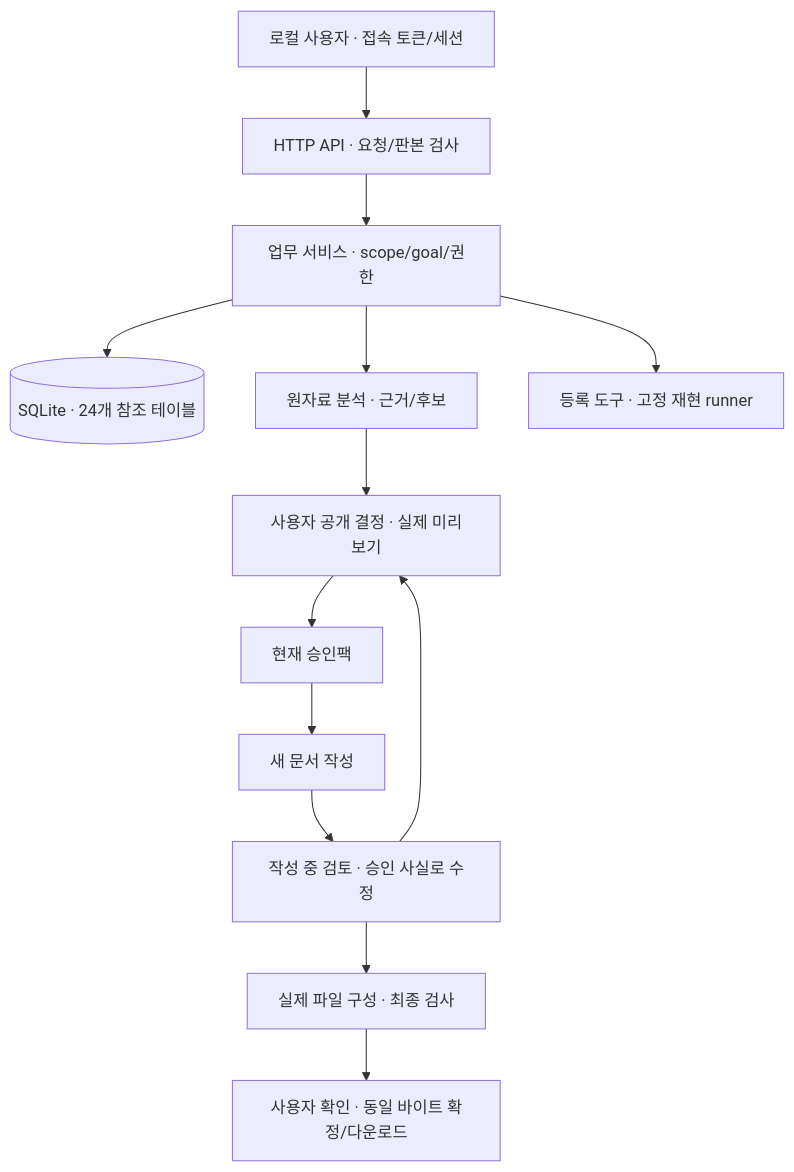
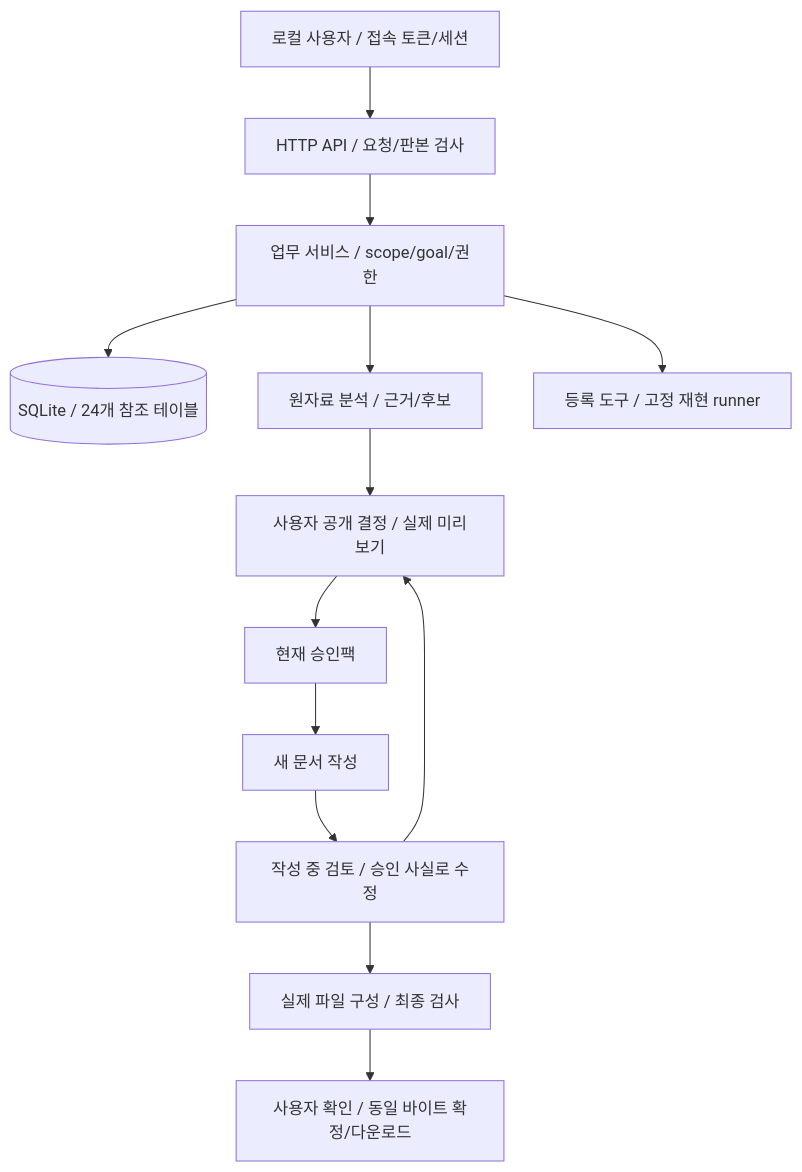
Before and after one commit to my-trash-bin/261030-codyssey-hackathon: the diagram in docs/구조와설계.md, drawn with Mermaid. The commit also changed other lines of this file and 87 other files, not shown here.

````diff
--- a/docs/구조와설계.md
+++ b/docs/구조와설계.md
@@ -9,15 +9,15 @@
 ```mermaid
 flowchart TD
-  U["로컬 사용자 · 접속 토큰/세션"] --> H["HTTP API · 요청/판본 검사"]
-  H --> S["업무 서비스 · scope/goal/권한"]
-  S --> D[("SQLite · 24개 참조 테이블")]
-  S --> A["원자료 분석 · 근거/후보"]
-  A --> C["사용자 공개 결정 · 실제 미리보기"]
+  U["로컬 사용자 / 접속 토큰/세션"] --> H["HTTP API / 요청/판본 검사"]
+  H --> S["업무 서비스 / scope/goal/권한"]
+  S --> D[("SQLite / 24개 참조 테이블")]
+  S --> A["원자료 분석 / 근거/후보"]
+  A --> C["사용자 공개 결정 / 실제 미리보기"]
   C --> P["현재 승인팩"]
   P --> W["새 문서 작성"]
-  W --> R["작성 중 검토 · 승인 사실로 수정"]
+  W --> R["작성 중 검토 / 승인 사실로 수정"]
   R --> C
-  R --> F["실제 파일 구성 · 최종 검사"]
-  F --> E["사용자 확인 · 동일 바이트 확정/다운로드"]
-  S --> T["등록 도구 · 고정 재현 runner"]
+  R --> F["실제 파일 구성 / 최종 검사"]
+  F --> E["사용자 확인 / 동일 바이트 확정/다운로드"]
+  S --> T["등록 도구 / 고정 재현 runner"]
 ```
````
